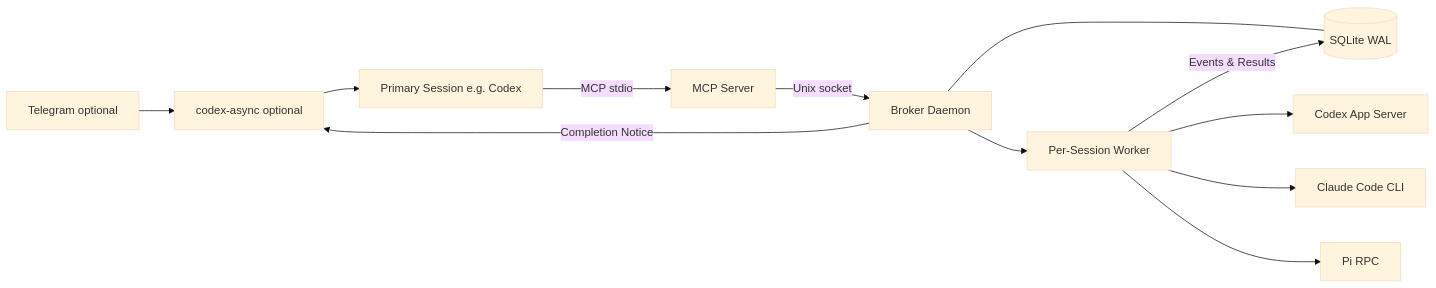
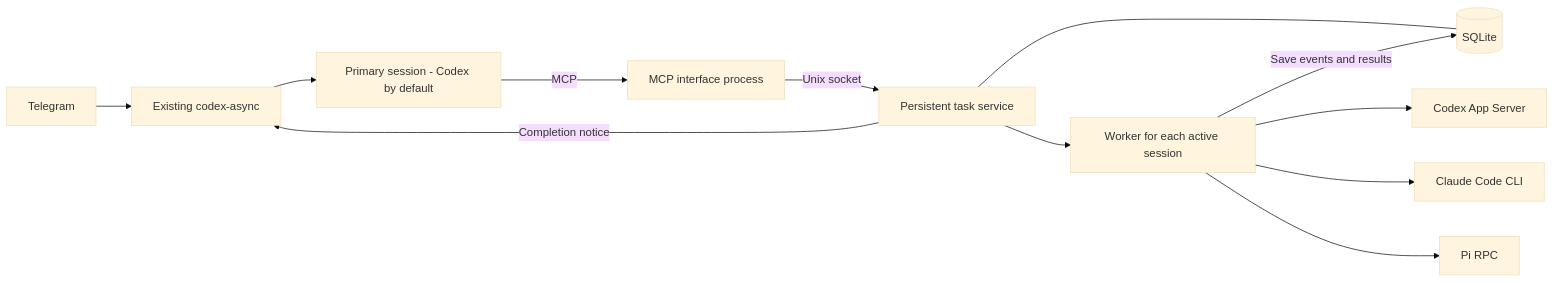
The diagram in docs/design.md (qinjian623/agent-bridge), drawn with Mermaid (base theme) before and after one commit. The commit also changed other lines of this file and 92 other files, not shown here.

````diff
--- a/docs/design.md
+++ b/docs/design.md
@@ -29,14 +33,14 @@
 ```mermaid
 flowchart LR
-    T[Telegram optional] --> A[codex-async optional]
-    A --> M[Primary Session e.g. Codex]
-    M -->|MCP stdio| G[MCP Server]
-    G -->|Unix socket| B[Broker Daemon]
-    B --- D[(SQLite WAL)]
-    B --> W[Per-Session Worker]
+    T[Telegram] --> A[Existing codex-async]
+    A --> M[Primary session - Codex by default]
+    M -->|MCP| G[MCP interface process]
+    G -->|Unix socket| B[Persistent task service]
+    B --- D[(SQLite)]
+    B --> W[Worker for each active session]
     W --> C[Codex App Server]
     W --> H[Claude Code CLI]
     W --> P[Pi RPC]
-    W -->|Events & Results| D
-    B -->|Completion Notice| A
+    W -->|Save events and results| D
+    B -->|Completion notice| A
 ```
````
